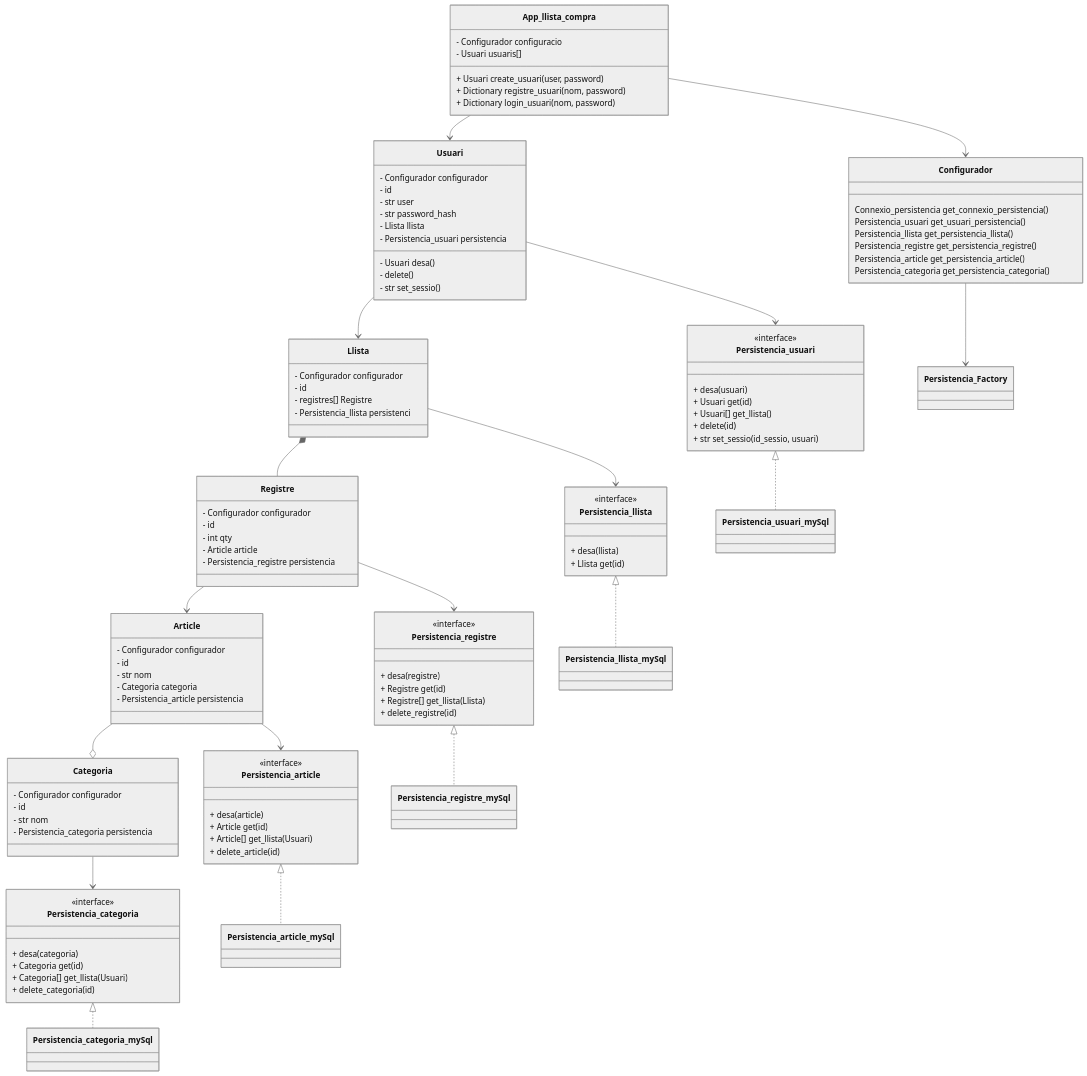
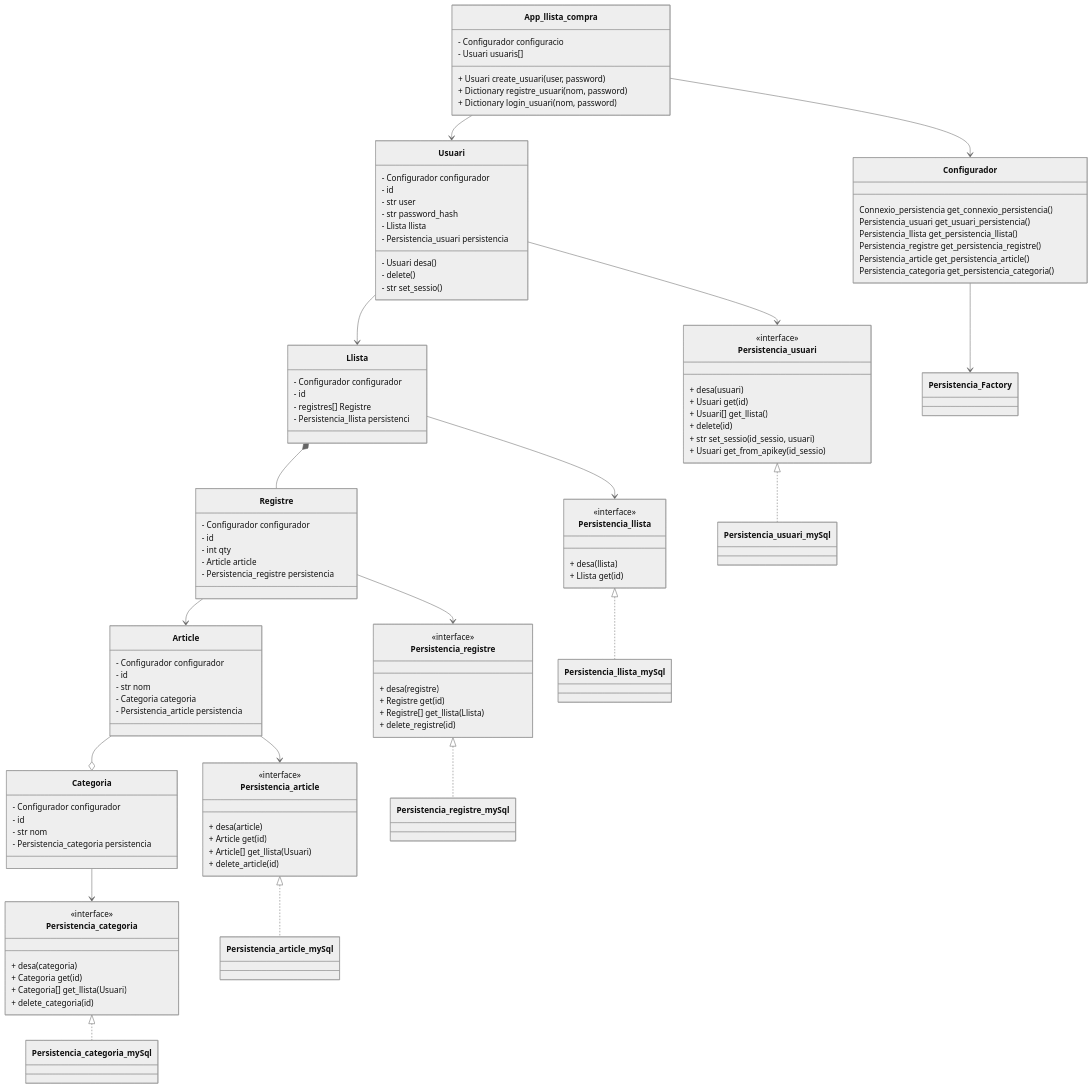
The diagram in enunciat.md (xaviQuesadaJDA/Public_llista_compra_m06), drawn with Mermaid (neutral theme) before and after one commit. The commit also changed 7 other files, not shown here.

```diff
--- a/enunciat.md
+++ b/enunciat.md
@@ -110,6 +110,7 @@
         + Usuari[] get_llista()
         + delete(id) 
         + str set_sessio(id_sessio, usuari)
+        + Usuari get_from_apikey(id_sessio)
     }
 
     class Persistencia_llista{
```
